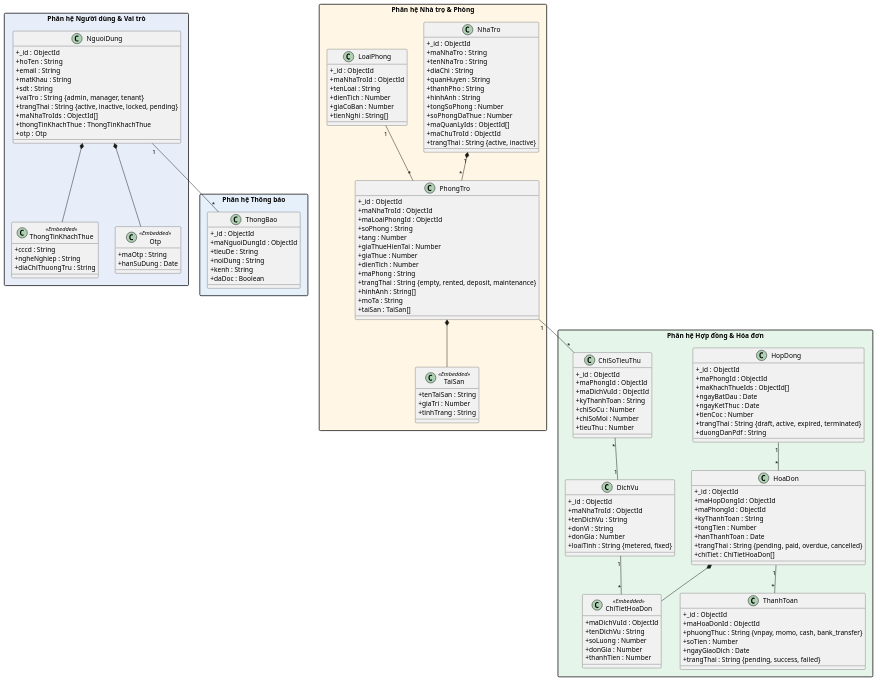
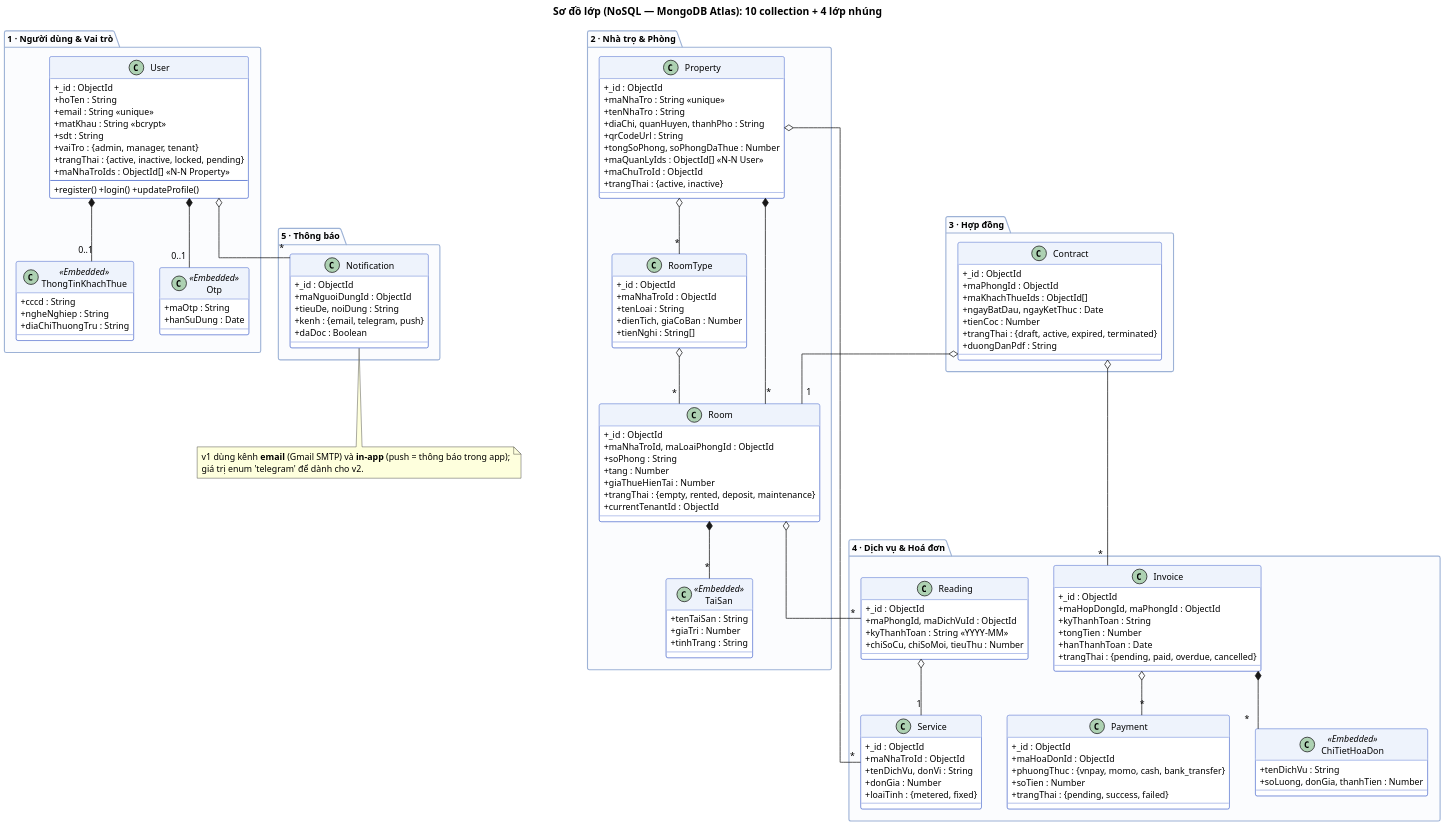
Before and after one commit to DiepTuHuy/Hostel_Management: the diagram in docs/class_diagram.puml, drawn with PlantUML. The commit also changed 59 other files, not shown here.

First line of the commit message:
feat: triển khai xuất PDF thật, tích hợp VNPay Sandbox và viết lại bộ test

```diff
--- a/docs/class_diagram.puml
+++ b/docs/class_diagram.puml
@@ -1,167 +1,155 @@
-@startuml ClassDiagram_Vietnamese_MongoDB
+@startuml ClassDiagram
+title Sơ đồ lớp (NoSQL — MongoDB Atlas): 10 collection + 4 lớp nhúng
 
+skinparam dpi 150
+skinparam shadowing false
+skinparam defaultFontName "Segoe UI"
+skinparam defaultFontSize 12
 skinparam classAttributeIconSize 0
-skinparam packageStyle rectangle
-
-package "Phân hệ Người dùng & Vai trò" #E8EEF9 {
-  class NguoiDung {
-    + _id : ObjectId
-    + hoTen : String
-    + email : String
-    + matKhau : String
-    + sdt : String
-    + vaiTro : String {admin, manager, tenant}
-    + trangThai : String {active, inactive, locked, pending}
-    + maNhaTroIds : ObjectId[]
-    + thongTinKhachThue : ThongTinKhachThue
-    + otp : Otp
-  }
-
-  class ThongTinKhachThue <<Embedded>> {
-    + cccd : String
-    + ngheNghiep : String
-    + diaChiThuongTru : String
-  }
-
-  class Otp <<Embedded>> {
-    + maOtp : String
-    + hanSuDung : Date
-  }
-
-  NguoiDung *-- ThongTinKhachThue
-  NguoiDung *-- Otp
+skinparam linetype ortho
+skinparam class {
+  BackgroundColor #FFFFFF
+  BorderColor #3A5BC7
+  HeaderBackgroundColor #EEF3FC
+}
+skinparam package {
+  BackgroundColor #FBFCFE
+  BorderColor #9DB2D6
 }
 
-package "Phân hệ Nhà trọ & Phòng" #FFF6E5 {
-  class NhaTro {
-    + _id : ObjectId
-    + maNhaTro : String
-    + tenNhaTro : String
-    + diaChi : String
-    + quanHuyen : String
-    + thanhPho : String
-    + hinhAnh : String
-    + tongSoPhong : Number
-    + soPhongDaThue : Number
-    + maQuanLyIds : ObjectId[]
-    + maChuTroId : ObjectId
-    + trangThai : String {active, inactive}
+package "1 · Người dùng & Vai trò" {
+  class User {
+    +_id : ObjectId
+    +hoTen : String
+    +email : String <<unique>>
+    +matKhau : String <<bcrypt>>
+    +sdt : String
+    +vaiTro : {admin, manager, tenant}
+    +trangThai : {active, inactive, locked, pending}
+    +maNhaTroIds : ObjectId[] <<N–N Property>>
+    --
+    +register() +login() +updateProfile()
   }
-
-  class LoaiPhong {
-    + _id : ObjectId
-    + maNhaTroId : ObjectId
-    + tenLoai : String
-    + dienTich : Number
-    + giaCoBan : Number
-    + tienNghi : String[]
+  class ThongTinKhachThue <<Embedded>> {
+    +cccd : String
+    +ngheNghiep : String
+    +diaChiThuongTru : String
   }
-
-  class PhongTro {
-    + _id : ObjectId
-    + maNhaTroId : ObjectId
-    + maLoaiPhongId : ObjectId
-    + soPhong : String
-    + tang : Number
-    + giaThueHienTai : Number
-    + giaThue : Number
-    + dienTich : Number
-    + maPhong : String
-    + trangThai : String {empty, rented, deposit, maintenance}
-    + hinhAnh : String[]
-    + moTa : String
-    + taiSan : TaiSan[]
+  class Otp <<Embedded>> {
+    +maOtp : String
+    +hanSuDung : Date
   }
-
-  class TaiSan <<Embedded>> {
-    + tenTaiSan : String
-    + giaTri : Number
-    + tinhTrang : String
-  }
-
-  NhaTro "1" *-- "*" PhongTro
-  LoaiPhong "1" -- "*" PhongTro
-  PhongTro *-- TaiSan
+  User *-- "0..1" ThongTinKhachThue
+  User *-- "0..1" Otp
 }
 
-package "Phân hệ Hợp đồng & Hóa đơn" #E6F5EA {
-  class HopDong {
-    + _id : ObjectId
-    + maPhongId : ObjectId
-    + maKhachThueIds : ObjectId[]
-    + ngayBatDau : Date
-    + ngayKetThuc : Date
-    + tienCoc : Number
-    + trangThai : String {draft, active, expired, terminated}
-    + duongDanPdf : String
+package "2 · Nhà trọ & Phòng" {
+  class Property {
+    +_id : ObjectId
+    +maNhaTro : String <<unique>>
+    +tenNhaTro : String
+    +diaChi, quanHuyen, thanhPho : String
+    +qrCodeUrl : String
+    +tongSoPhong, soPhongDaThue : Number
+    +maQuanLyIds : ObjectId[] <<N–N User>>
+    +maChuTroId : ObjectId
+    +trangThai : {active, inactive}
   }
-
-  class HoaDon {
-    + _id : ObjectId
-    + maHopDongId : ObjectId
-    + maPhongId : ObjectId
-    + kyThanhToan : String
-    + tongTien : Number
-    + hanThanhToan : Date
-    + trangThai : String {pending, paid, overdue, cancelled}
-    + chiTiet : ChiTietHoaDon[]
+  class RoomType {
+    +_id : ObjectId
+    +maNhaTroId : ObjectId
+    +tenLoai : String
+    +dienTich, giaCoBan : Number
+    +tienNghi : String[]
   }
-
-  class ChiTietHoaDon <<Embedded>> {
-    + maDichVuId : ObjectId
-    + tenDichVu : String
-    + soLuong : Number
-    + donGia : Number
-    + thanhTien : Number
+  class Room {
+    +_id : ObjectId
+    +maNhaTroId, maLoaiPhongId : ObjectId
+    +soPhong : String
+    +tang : Number
+    +giaThueHienTai : Number
+    +trangThai : {empty, rented, deposit, maintenance}
+    +currentTenantId : ObjectId
   }
-
-  class ThanhToan {
-    + _id : ObjectId
-    + maHoaDonId : ObjectId
-    + phuongThuc : String {vnpay, momo, cash, bank_transfer}
-    + soTien : Number
-    + ngayGiaoDich : Date
-    + trangThai : String {pending, success, failed}
+  class TaiSan <<Embedded>> {
+    +tenTaiSan : String
+    +giaTri : Number
+    +tinhTrang : String
   }
-
-  class ChiSoTieuThu {
-    + _id : ObjectId
-    + maPhongId : ObjectId
-    + maDichVuId : ObjectId
-    + kyThanhToan : String
-    + chiSoCu : Number
-    + chiSoMoi : Number
-    + tieuThu : Number
-  }
-
-  class DichVu {
-    + _id : ObjectId
-    + maNhaTroId : ObjectId
-    + tenDichVu : String
-    + donVi : String
-    + donGia : Number
-    + loaiTinh : String {metered, fixed}
-  }
-
-  PhongTro "1" -- "*" ChiSoTieuThu
-  ChiSoTieuThu "*" -- "1" DichVu
-  HopDong "1" -- "*" HoaDon
-  HoaDon *-- ChiTietHoaDon
-  HoaDon "1" -- "*" ThanhToan
-  DichVu "1" -- "*" ChiTietHoaDon
+  Property *-- "*" Room
+  Property o-- "*" RoomType
+  RoomType o-- "*" Room
+  Room *-- "*" TaiSan
 }
 
-package "Phân hệ Thông báo" #E6F0FA {
-  class ThongBao {
-    + _id : ObjectId
-    + maNguoiDungId : ObjectId
-    + tieuDe : String
-    + noiDung : String
-    + kenh : String
-    + daDoc : Boolean
+package "3 · Hợp đồng" {
+  class Contract {
+    +_id : ObjectId
+    +maPhongId : ObjectId
+    +maKhachThueIds : ObjectId[]
+    +ngayBatDau, ngayKetThuc : Date
+    +tienCoc : Number
+    +trangThai : {draft, active, expired, terminated}
+    +duongDanPdf : String
   }
-
-  NguoiDung "1" -- "*" ThongBao
+  Contract o-- "1" Room
 }
 
+package "4 · Dịch vụ & Hoá đơn" {
+  class Service {
+    +_id : ObjectId
+    +maNhaTroId : ObjectId
+    +tenDichVu, donVi : String
+    +donGia : Number
+    +loaiTinh : {metered, fixed}
+  }
+  class Reading {
+    +_id : ObjectId
+    +maPhongId, maDichVuId : ObjectId
+    +kyThanhToan : String <<YYYY-MM>>
+    +chiSoCu, chiSoMoi, tieuThu : Number
+  }
+  class Invoice {
+    +_id : ObjectId
+    +maHopDongId, maPhongId : ObjectId
+    +kyThanhToan : String
+    +tongTien : Number
+    +hanThanhToan : Date
+    +trangThai : {pending, paid, overdue, cancelled}
+  }
+  class ChiTietHoaDon <<Embedded>> {
+    +tenDichVu : String
+    +soLuong, donGia, thanhTien : Number
+  }
+  class Payment {
+    +_id : ObjectId
+    +maHoaDonId : ObjectId
+    +phuongThuc : {vnpay, momo, cash, bank_transfer}
+    +soTien : Number
+    +trangThai : {pending, success, failed}
+  }
+  Property o-- "*" Service
+  Room o-- "*" Reading
+  Reading o-- "1" Service
+  Contract o-- "*" Invoice
+  Invoice *-- "*" ChiTietHoaDon
+  Invoice o-- "*" Payment
+}
+
+package "5 · Thông báo" {
+  class Notification {
+    +_id : ObjectId
+    +maNguoiDungId : ObjectId
+    +tieuDe, noiDung : String
+    +kenh : {email, telegram, push}
+    +daDoc : Boolean
+  }
+  User o-- "*" Notification
+}
+
+note bottom of Notification
+  v1 dùng kênh **email** (Gmail SMTP) và **in-app** (push = thông báo trong app);
+  giá trị enum 'telegram' để dành cho v2.
+end note
+
 @enduml
```
